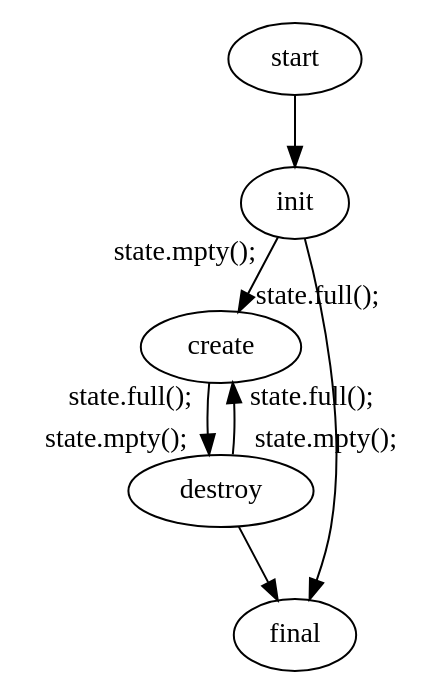
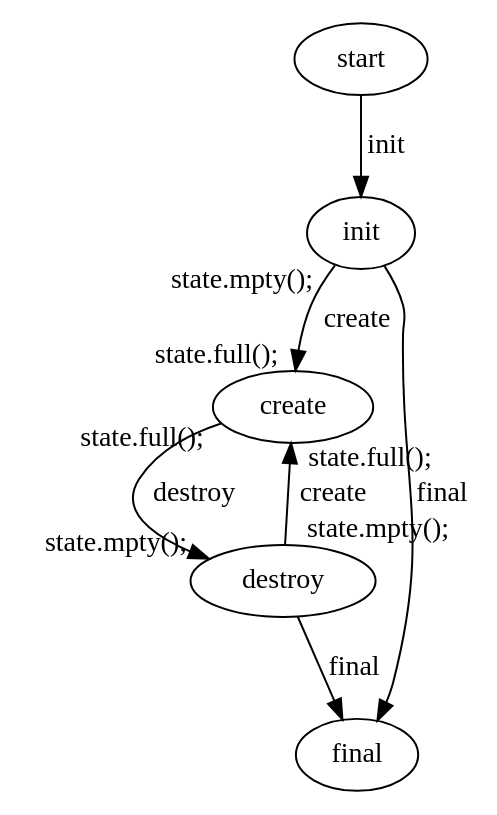
One commit to nesl/lighthouse changed the diagram in src/fsm/transitionCheck/example/memory.dot. Above: the diagram before and after it, drawn with Graphviz. The commit also changed 1 other file, not shown here.

```diff
--- a/src/fsm/transitionCheck/example/memory.dot
+++ b/src/fsm/transitionCheck/example/memory.dot
@@ -1,21 +1,21 @@
 digraph memory {
 
     start -> init 
-        [taillabel="",headlabel=""];
+        [label="init",taillabel="",headlabel=""];
     
     init -> create
-        [taillabel="state.mpty();",headlabel="state.full();"];
+        [label="create",taillabel="state.mpty();",headlabel="state.full();"];
     
     init -> final
-        [taillabel="",headlabel=""];
+        [label="final",taillabel="",headlabel=""];
 
     create -> destroy
-        [taillabel="state.full();",headlabel="state.mpty();"];
+        [label="destroy",taillabel="state.full();",headlabel="state.mpty();"];
 
     destroy -> create
-        [taillabel="state.mpty();",headlabel="state.full();"];
+        [label="create",taillabel="state.mpty();",headlabel="state.full();"];
 
     destroy -> final
-        [taillabel="",headlabel=""];
+        [label="final",taillabel="",headlabel=""];
 
 }
```
